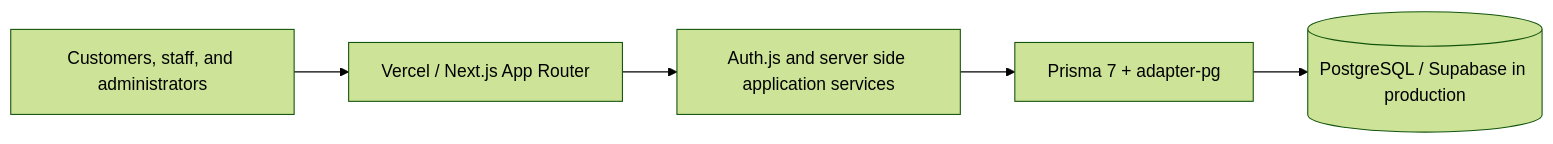
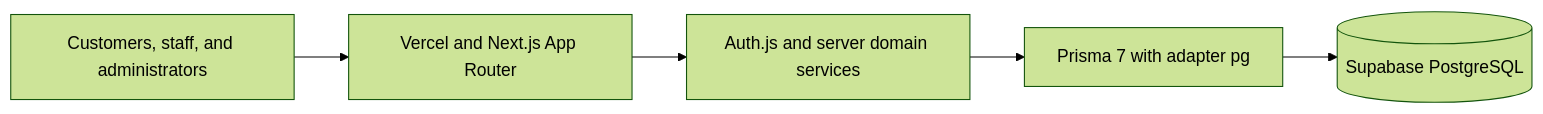
Before and after one commit to simonjr07/aurelia-studio: the diagram in README.md, drawn with Mermaid (forest theme). The commit also changed other lines of this file and 21 other files, not shown here.

````diff
--- a/README.md
+++ b/README.md
@@ -26,7 +27,7 @@
 ```mermaid
 flowchart LR
-  U[Customers, staff, and administrators] --> V[Vercel / Next.js App Router]
-  V --> A[Auth.js and server side application services]
-  A --> P[Prisma 7 + adapter-pg]
-  P --> D[(PostgreSQL / Supabase in production)]
+  U[Customers, staff, and administrators] --> V[Vercel and Next.js App Router]
+  V --> A[Auth.js and server domain services]
+  A --> P[Prisma 7 with adapter pg]
+  P --> D[(Supabase PostgreSQL)]
 ```
````
